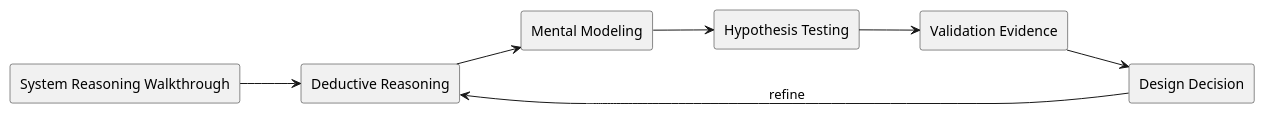
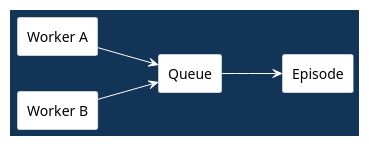
The third of 11 diagrams in doc/lectures/week8/system_reasoning/README.slides.adoc (madajaju/CS5254), drawn with PlantUML before and after one commit. The commit also changed other lines of this file and 2 other files, not shown here.

```diff
--- a/doc/lectures/week8/system_reasoning/README.slides.adoc
+++ b/doc/lectures/week8/system_reasoning/README.slides.adoc
@@ -70,22 +163,61 @@
-[plantuml, target=system_view, format=svg, width=80%]
+[plantuml, target=mental-map, format=svg, width=100%]
 ----
 @startuml
-skinparam monochrome true
+skinparam BackgroundColor #123456
+skinparam DefaultFontColor white
+skinparam ArrowColor white
+skinparam ArrowFontColor #ffd166
+skinparam ArrowFontStyle bold
+skinparam ArrowFontSize 16
+skinparam ActorBorderColor #123456
+skinparam ActorFontColor white
+skinparam participant {
+  BackgroundColor white
+  BorderColor #123456
+  FontColor black
+}
+skinparam sequence {
+  LifeLineBorderColor white
+  LifeLineBackgroundColor white
+  ParticipantBorderColor #123456
+  ParticipantBackgroundColor white
+  ParticipantFontColor black
+}
+skinparam rectangle {
+  BackgroundColor white
+  BorderColor #123456
+  FontColor black
+}
+skinparam database {
+  BackgroundColor white
+  BorderColor #123456
+  FontColor black
+}
+skinparam state {
+  BackgroundColor white
+  BorderColor #123456
+  FontColor black
+}
+skinparam activity {
+  BackgroundColor white
+  BorderColor #123456
+  FontColor black
+}
+skinparam note {
+  BackgroundColor white
+  BorderColor #123456
+  FontColor black
+}
 skinparam shadowing false
 left to right direction
 
-rectangle "System Reasoning Walkthrough" as Topic
-rectangle "Deductive Reasoning" as A
-rectangle "Mental Modeling" as B
-rectangle "Hypothesis Testing" as C
-rectangle "Validation Evidence" as V
-rectangle "Design Decision" as D
+rectangle "Worker A" as A
+rectangle "Worker B" as B
+rectangle "Queue" as Q
+rectangle "Episode" as E
 
-Topic --> A
-A --> B
-B --> C
-C --> V
-V --> D
-D --> A : refine
+A --> Q
+B --> Q
+Q --> E
 @enduml
 ----
```
